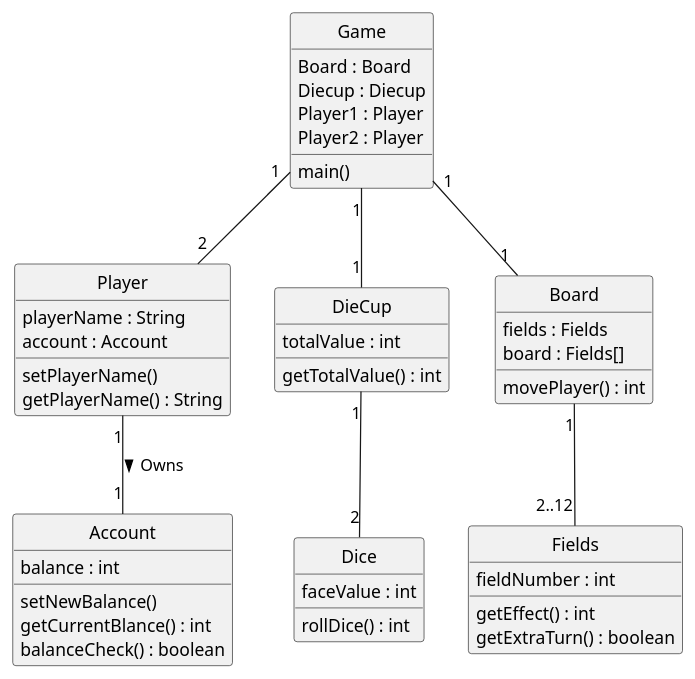
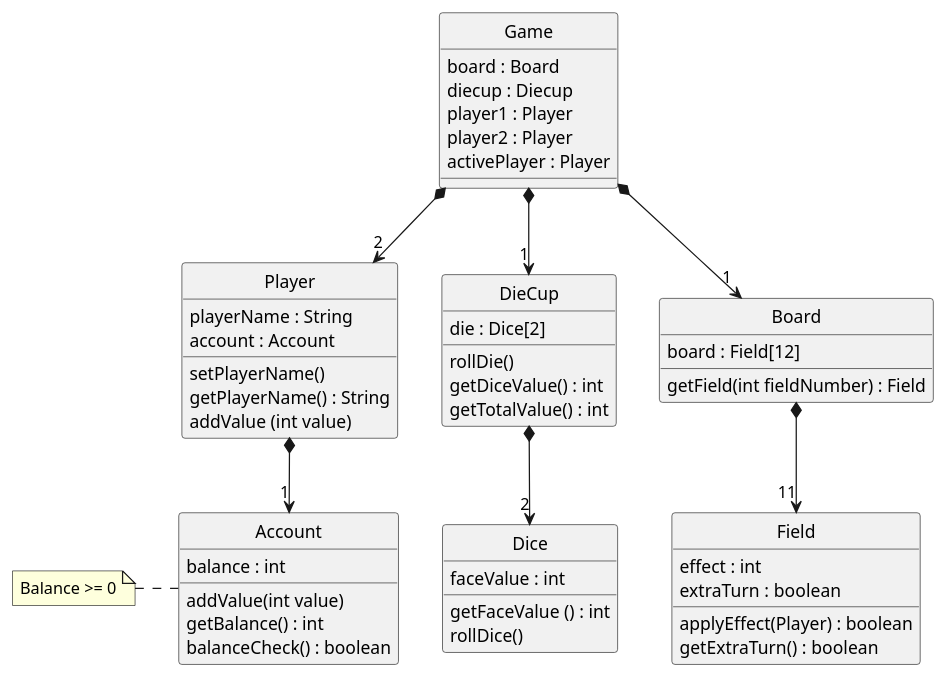
Before and after one commit to PhilipCramer/CDIO_del2: the diagram in src/main/resources/DesignClassDiagram.puml, drawn with PlantUML. The commit also changed 1 other file, not shown here.

Commit message:
Modiefied the diagrams a little

```diff
--- a/src/main/resources/DesignClassDiagram.puml
+++ b/src/main/resources/DesignClassDiagram.puml
@@ -1,60 +1,69 @@
 @startuml ClassDiagram
 skinparam style strictuml
 
 class "Game" as Game {
-    Board : Board
-    Diecup : Diecup
-    Player1 : Player
-    Player2 : Player
+    board : Board
+    diecup : Diecup
+    player1 : Player
+    player2 : Player
+    activePlayer : Player
 
-    main()
 }
 class "Player" as Player {
     playerName : String
     account : Account
 
     setPlayerName()
     getPlayerName() : String
+    addValue (int value)
 
 }
 
 class "Account" as Account {
     balance : int
 
-    setNewBalance()
-    getCurrentBlance() : int
+    addValue(int value)
+    getBalance() : int
     balanceCheck() : boolean
 }
+note left
+    Balance >= 0
+    end note
 
 class "DieCup" as Diecup {
-    totalValue : int
-
+    die : Dice[2]
+    
+    rollDie()
+    getDiceValue() : int
     getTotalValue() : int
 }
 
 class "Dice" as Dice {
     faceValue : int
 
-    rollDice() : int
+    getFaceValue () : int
+    rollDice()
 }
 
 class "Board" as Board {
-    fields : Fields
-    board : Fields[]
-    movePlayer() : int
+    board : Field[12]
+    
+    getField(int fieldNumber) : Field
 }
 
-class "Fields" as Field {
-    fieldNumber : int
+class "Field" as Field {
+    effect : int
+    extraTurn : boolean
 
-    getEffect() : int
+    applyEffect(Player) : boolean
     getExtraTurn() : boolean
 }
 
-Player "1" -- "1" Account : Owns >
-Game "1" -- "2" Player 
-Game "1" -- "1" Board
-Board "1" -- "2..12" Field
-Game "1" -- "1" Diecup
-Diecup "1" -- "2" Dice
+
+Player *--> "1" Account
+Game *--> "2" Player 
+Game *--> "1" Board
+Board  *--> "11" Field
+Game  *--> "1" Diecup
+Diecup *--> "2" Dice
 @enduml
```
